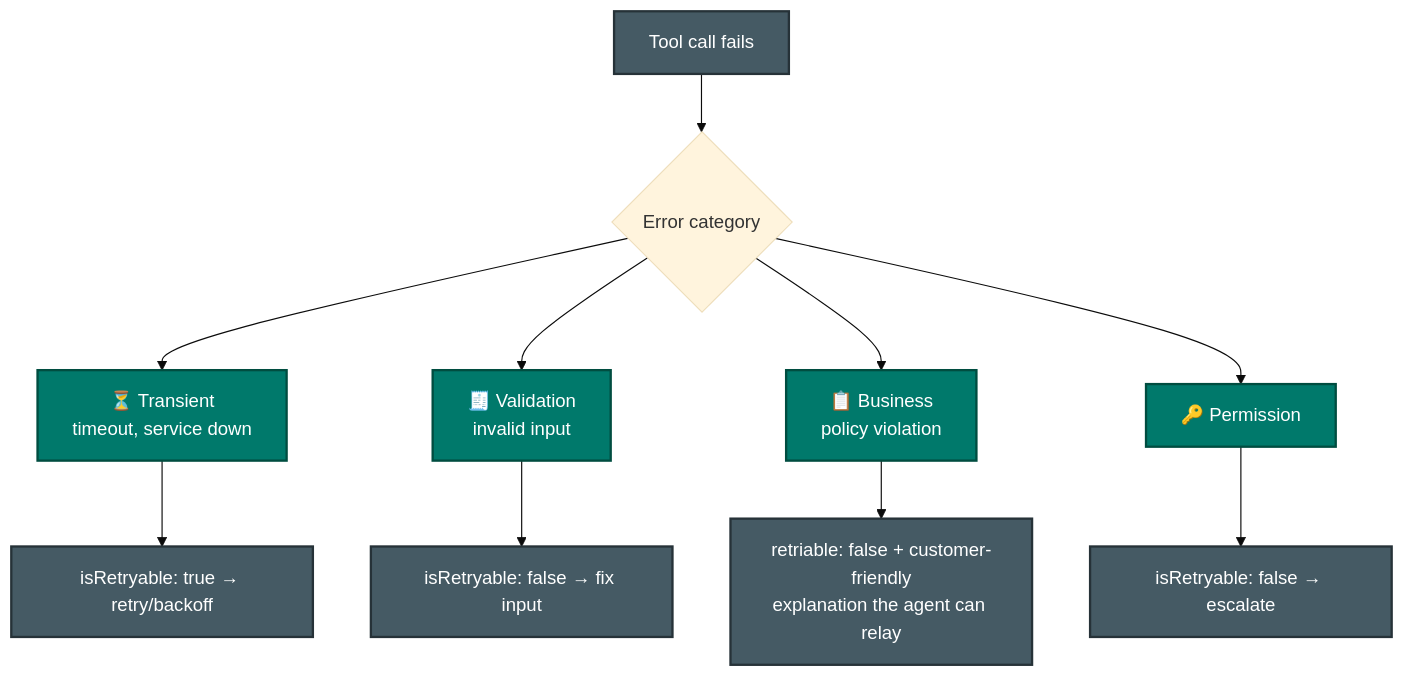
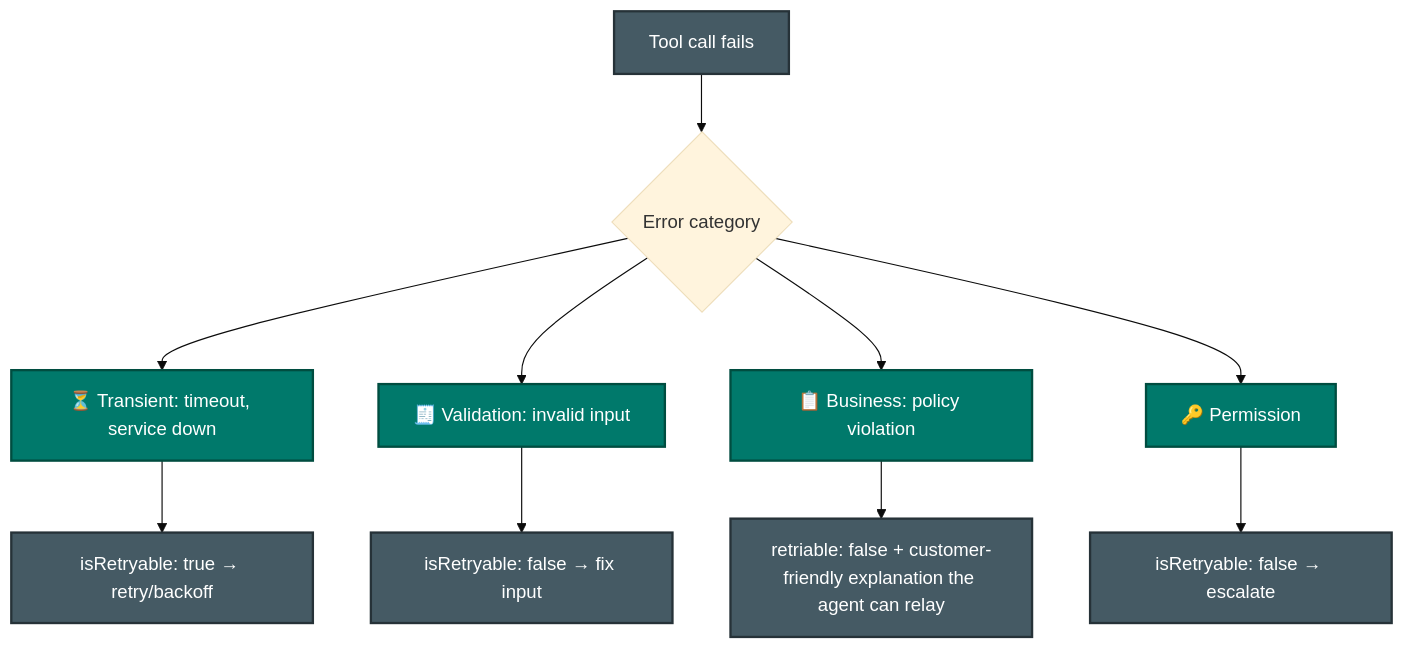
The second of 6 diagrams in CCA-F/domains/d2-tool-design-mcp.md (parmar-m/claude-architect-certification-prep), drawn with Mermaid (base theme) before and after one commit. The commit also changed other lines of this file and 25 other files, not shown here.

````diff
--- a/CCA-F/domains/d2-tool-design-mcp.md
+++ b/CCA-F/domains/d2-tool-design-mcp.md
@@ -78,17 +78,17 @@
 ```mermaid
 flowchart TD
     E[Tool call fails] --> C{Error category}
-    C --> T1["⏳ Transient<br/>timeout, service down"]
-    C --> T2["🧾 Validation<br/>invalid input"]
-    C --> T3["📋 Business<br/>policy violation"]
+    C --> T1["⏳ Transient: timeout, service down"]
+    C --> T2["🧾 Validation: invalid input"]
+    C --> T3["📋 Business: policy violation"]
     C --> T4["🔑 Permission"]
     T1 --> R1["isRetryable: true → retry/backoff"]
     T2 --> R2["isRetryable: false → fix input"]
-    T3 --> R3["retriable: false + customer-friendly<br/>explanation the agent can relay"]
+    T3 --> R3["retriable: false + customer-friendly explanation the agent can relay"]
     T4 --> R4["isRetryable: false → escalate"]
     classDef cat fill:#00796B,color:#fff,stroke:#004D40,stroke-width:2px
     classDef act fill:#455A64,color:#fff,stroke:#263238,stroke-width:2px
     class T1,T2,T3,T4 cat
     class R1,R2,R3,R4 act
     class E act
 ```
````
